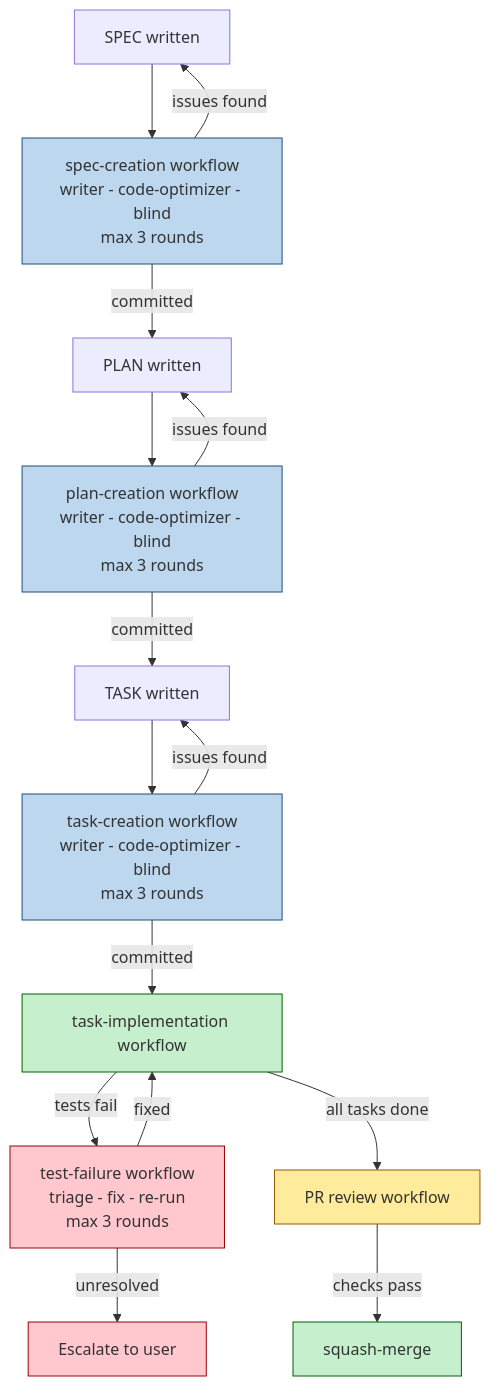
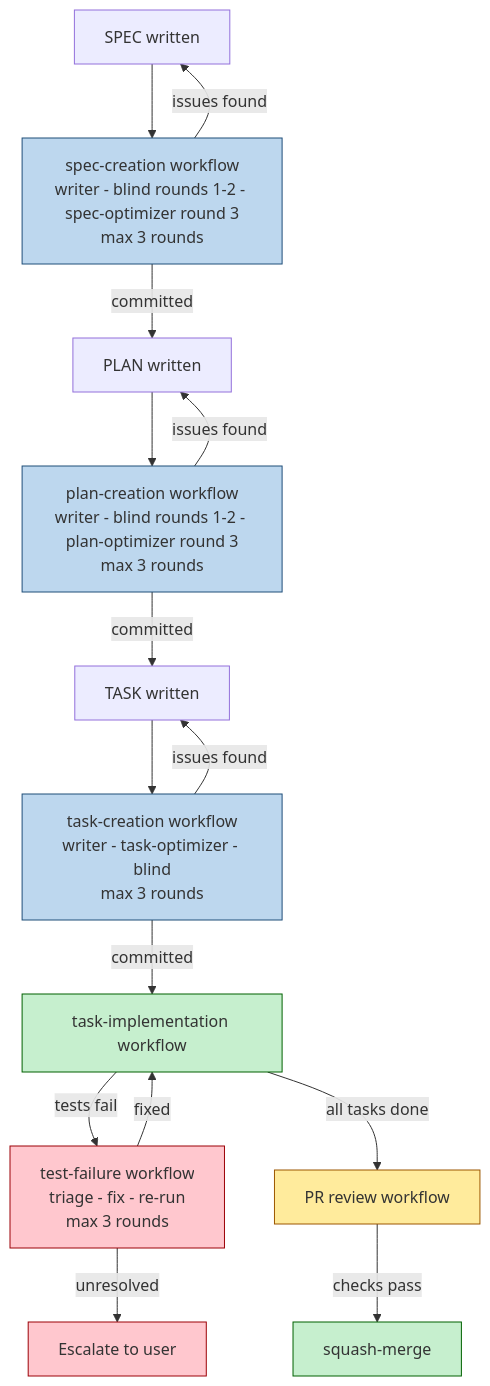
The first of 4 diagrams in src/workflows/overview.md (bperin/project-context), drawn with Mermaid before and after one commit. The commit also changed other lines of this file and 21 other files, not shown here.

First line of the commit message:
Split optimizer roles into spec, plan, and task profiles

````diff
--- a/src/workflows/overview.md
+++ b/src/workflows/overview.md
@@ -7,27 +7,27 @@
 ```mermaid
 flowchart TD
-    SPEC["SPEC written"] --> SPECW["spec-creation workflow<br/>writer - code-optimizer - blind<br/>max 3 rounds"]
+    SPEC["SPEC written"] --> SPECW["spec-creation workflow<br/>writer - blind rounds 1-2 - spec-optimizer round 3<br/>max 3 rounds"]
     SPECW -->|committed| PLAN["PLAN written"]
-    PLAN --> PLANW["plan-creation workflow<br/>writer - code-optimizer - blind<br/>max 3 rounds"]
+    PLAN --> PLANW["plan-creation workflow<br/>writer - blind rounds 1-2 - plan-optimizer round 3<br/>max 3 rounds"]
     PLANW -->|committed| TASK["TASK written"]
-    TASK --> TASKW["task-creation workflow<br/>writer - code-optimizer - blind<br/>max 3 rounds"]
+    TASK --> TASKW["task-creation workflow<br/>writer - task-optimizer - blind<br/>max 3 rounds"]
     TASKW -->|committed| IMPL["task-implementation workflow"]
     IMPL -->|tests fail| TF["test-failure workflow<br/>triage - fix - re-run<br/>max 3 rounds"]
     TF -->|fixed| IMPL
     TF -->|unresolved| ESC["Escalate to user"]
     IMPL -->|all tasks done| PR["PR review workflow"]
     PR -->|checks pass| MERGE["squash-merge"]
 
     SPECW -->|issues found| SPEC
     PLANW -->|issues found| PLAN
     TASKW -->|issues found| TASK
 
     style SPECW fill:#BDD7EE,stroke:#1F4E79
     style PLANW fill:#BDD7EE,stroke:#1F4E79
     style TASKW fill:#BDD7EE,stroke:#1F4E79
     style IMPL fill:#C6EFCE,stroke:#006100
     style TF fill:#FFC7CE,stroke:#9C0006
     style ESC fill:#FFC7CE,stroke:#9C0006
     style PR fill:#FFEB9C,stroke:#9C5700
     style MERGE fill:#C6EFCE,stroke:#006100
 ```
````
